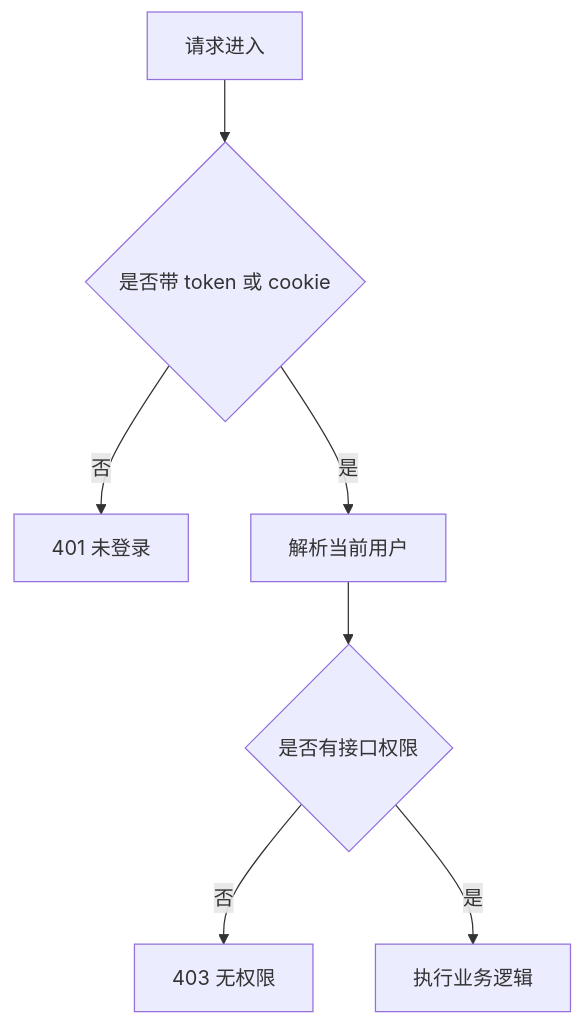
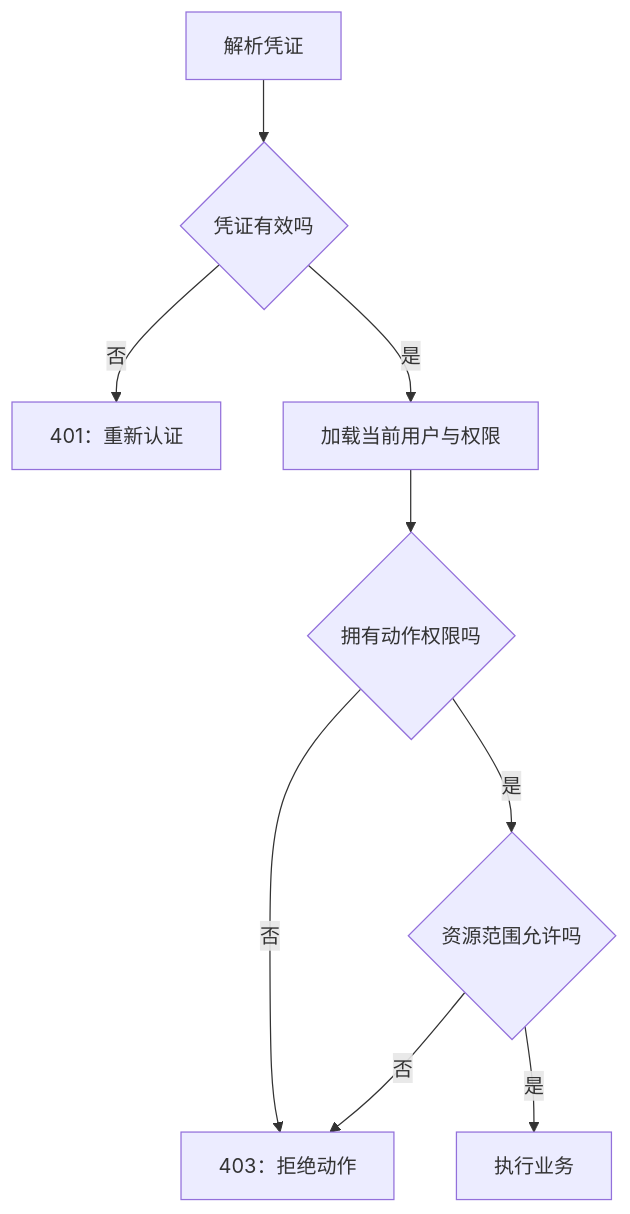
One commit to yokry-he/yok-study-web changed diagram 13 of 27 in docs/node/visual-guide.md. Above: the diagram before and after it, drawn with Mermaid. The commit also changed other lines of this file and 14 other files, not shown here.

````diff
--- a/docs/node/visual-guide.md
+++ b/docs/node/visual-guide.md
@@ -76,9 +247,11 @@
 ```mermaid
 flowchart TD
-  A[请求进入] --> B{是否带 token 或 cookie}
-  B -- 否 --> C[401 未登录]
-  B -- 是 --> D[解析当前用户]
-  D --> E{是否有接口权限}
-  E -- 否 --> F[403 无权限]
-  E -- 是 --> G[执行业务逻辑]
+  A["解析凭证"] --> B{"凭证有效吗"}
+  B -- "否" --> C["401：重新认证"]
+  B -- "是" --> D["加载当前用户与权限"]
+  D --> E{"拥有动作权限吗"}
+  E -- "否" --> F["403：拒绝动作"]
+  E -- "是" --> G{"资源范围允许吗"}
+  G -- "否" --> F
+  G -- "是" --> H["执行业务"]
 ```
````
